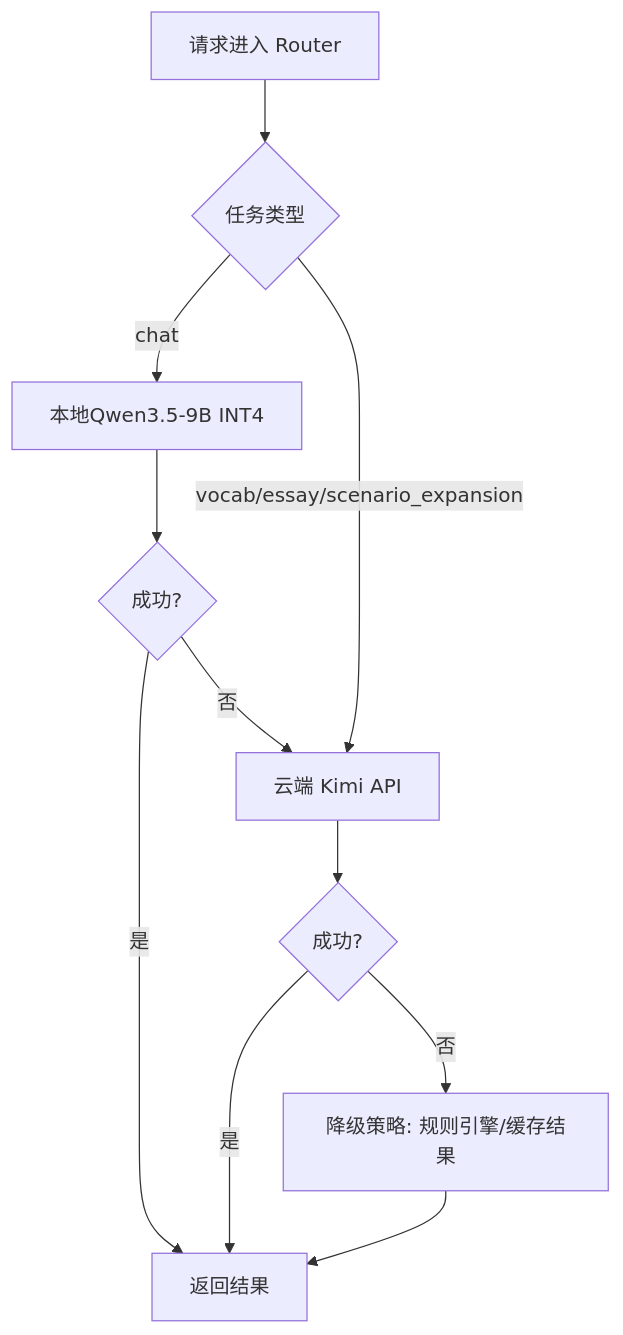
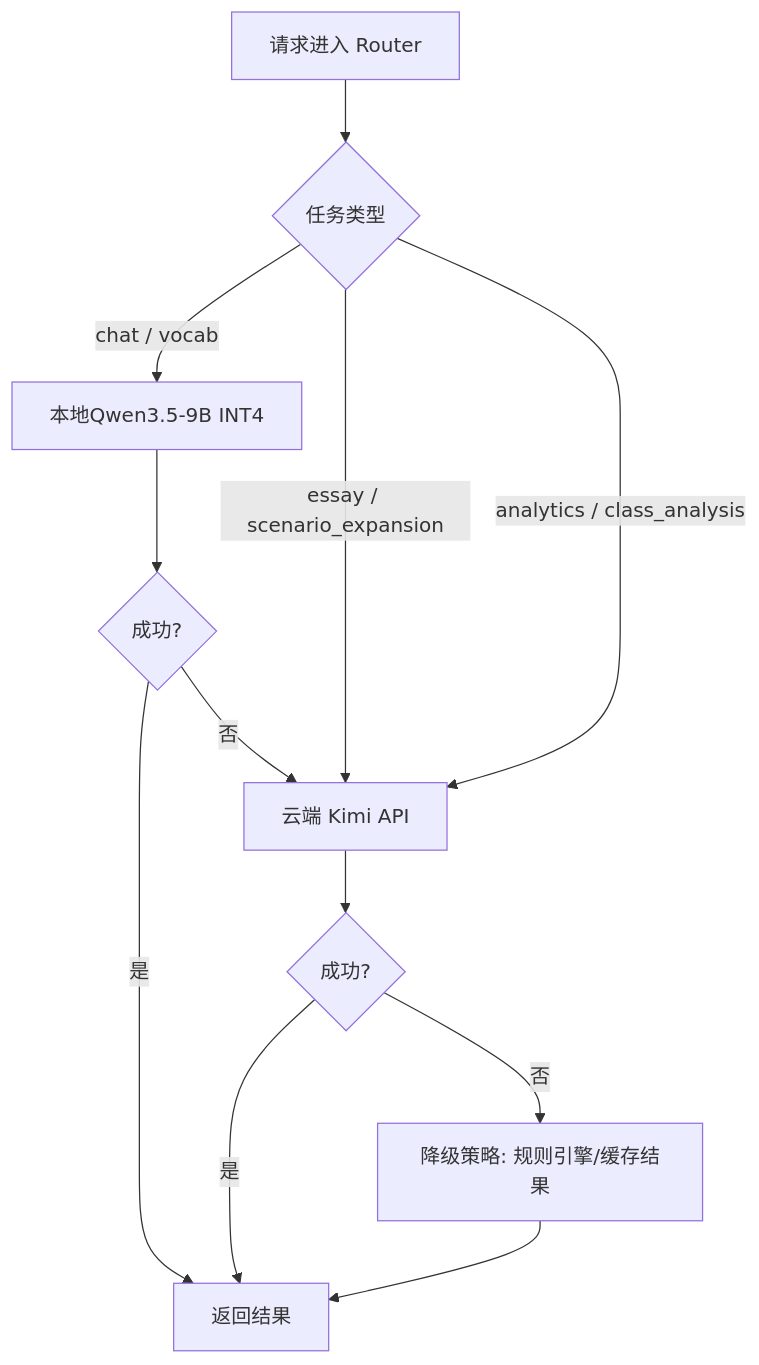
One commit to CUMT-Alethic-Insight-Lab/AIforLanguageLearning changed the first of 5 diagrams in docs/Detailed_System_Architecture.md. Above: the diagram before and after it, drawn with Mermaid. The commit also changed other lines of this file and 157 other files, not shown here.

````diff
--- a/docs/Detailed_System_Architecture.md
+++ b/docs/Detailed_System_Architecture.md
@@ -2386,13 +2414,14 @@
 ```mermaid
 flowchart TD
     A[请求进入 Router] --> B{任务类型}
-    B -->|chat| C[本地Qwen3.5-9B INT4]
-    B -->|vocab/essay/scenario_expansion| D[云端 Kimi API]
+    B -->|chat / vocab| C[本地Qwen3.5-9B INT4]
+    B -->|essay / scenario_expansion| D[云端 Kimi API]
+    B -->|analytics / class_analysis| D
     C --> F{成功?}
     F -->|是| G[返回结果]
     F -->|否| D
     D --> H{成功?}
     H -->|是| G
     H -->|否| I[降级策略: 规则引擎/缓存结果]
     I --> G
 ```
````
